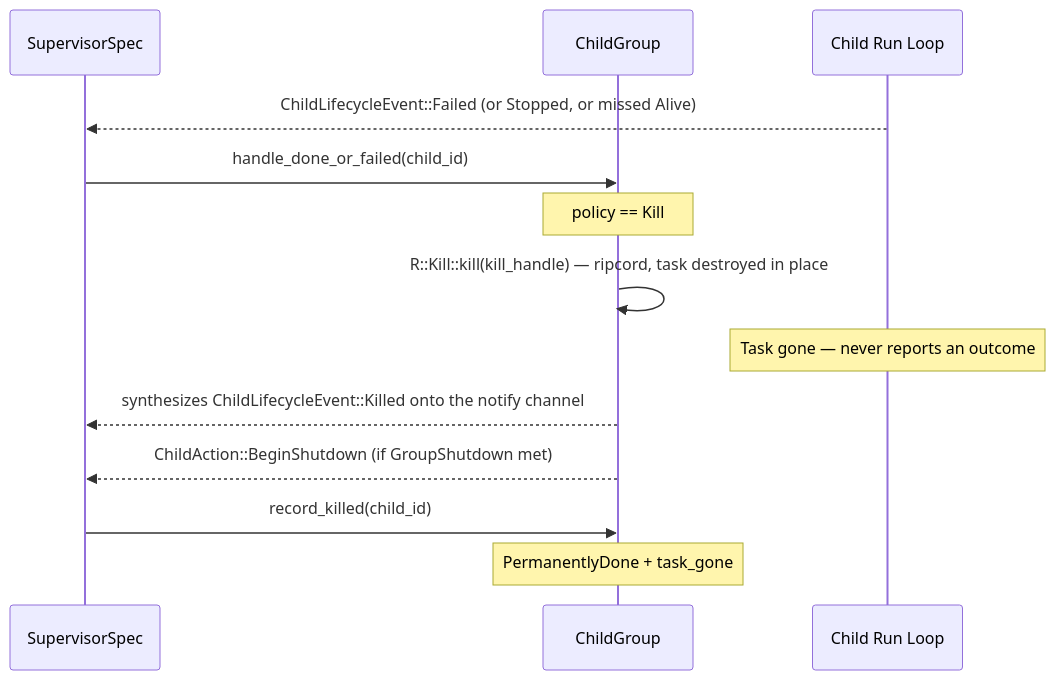
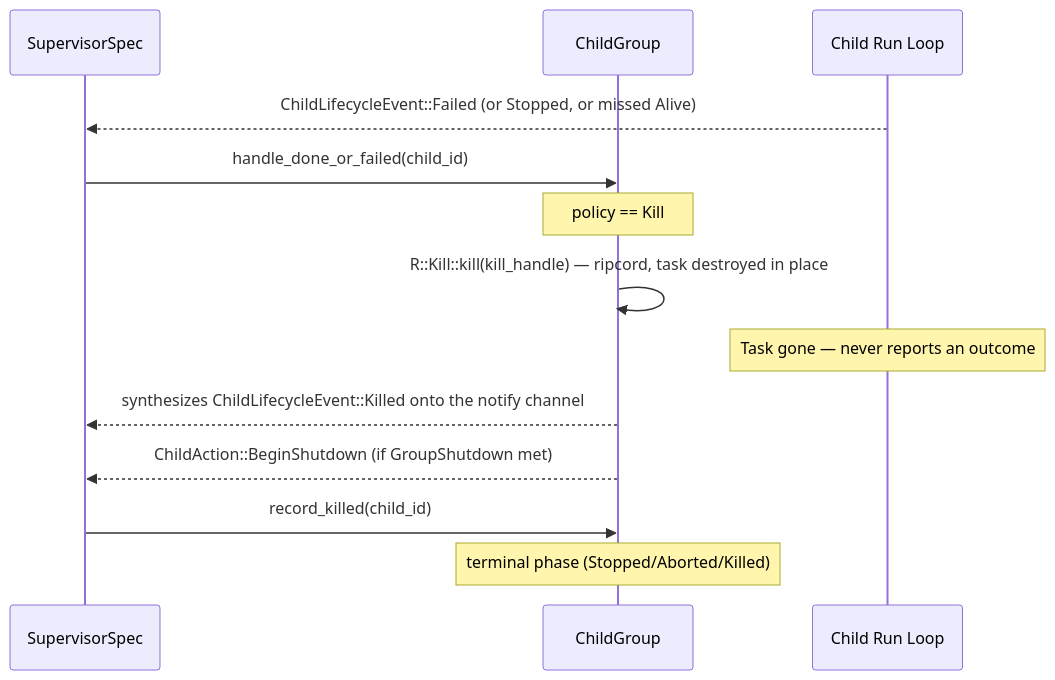
The third of 4 diagrams in spec/architecture/08-supervision.md (bloxide-com/bloxide), drawn with Mermaid before and after one commit. The commit also changed other lines of this file and 3 other files, not shown here.

````diff
--- a/spec/architecture/08-supervision.md
+++ b/spec/architecture/08-supervision.md
@@ -538,16 +539,16 @@
 ```mermaid
 sequenceDiagram
     participant Sup as SupervisorSpec
     participant CG as ChildGroup
     participant RT as Child Run Loop
 
     RT-->>Sup: ChildLifecycleEvent::Failed (or Stopped, or missed Alive)
     Sup->>CG: handle_done_or_failed(child_id)
     Note over CG: policy == Kill
     CG->>CG: R::Kill::kill(kill_handle) — ripcord, task destroyed in place
     Note over RT: Task gone — never reports an outcome
     CG-->>Sup: synthesizes ChildLifecycleEvent::Killed onto the notify channel
     CG-->>Sup: ChildAction::BeginShutdown (if GroupShutdown met)
     Sup->>CG: record_killed(child_id)
-    Note over CG: PermanentlyDone + task_gone
+    Note over CG: terminal phase (Stopped/Aborted/Killed)
 ```
````
